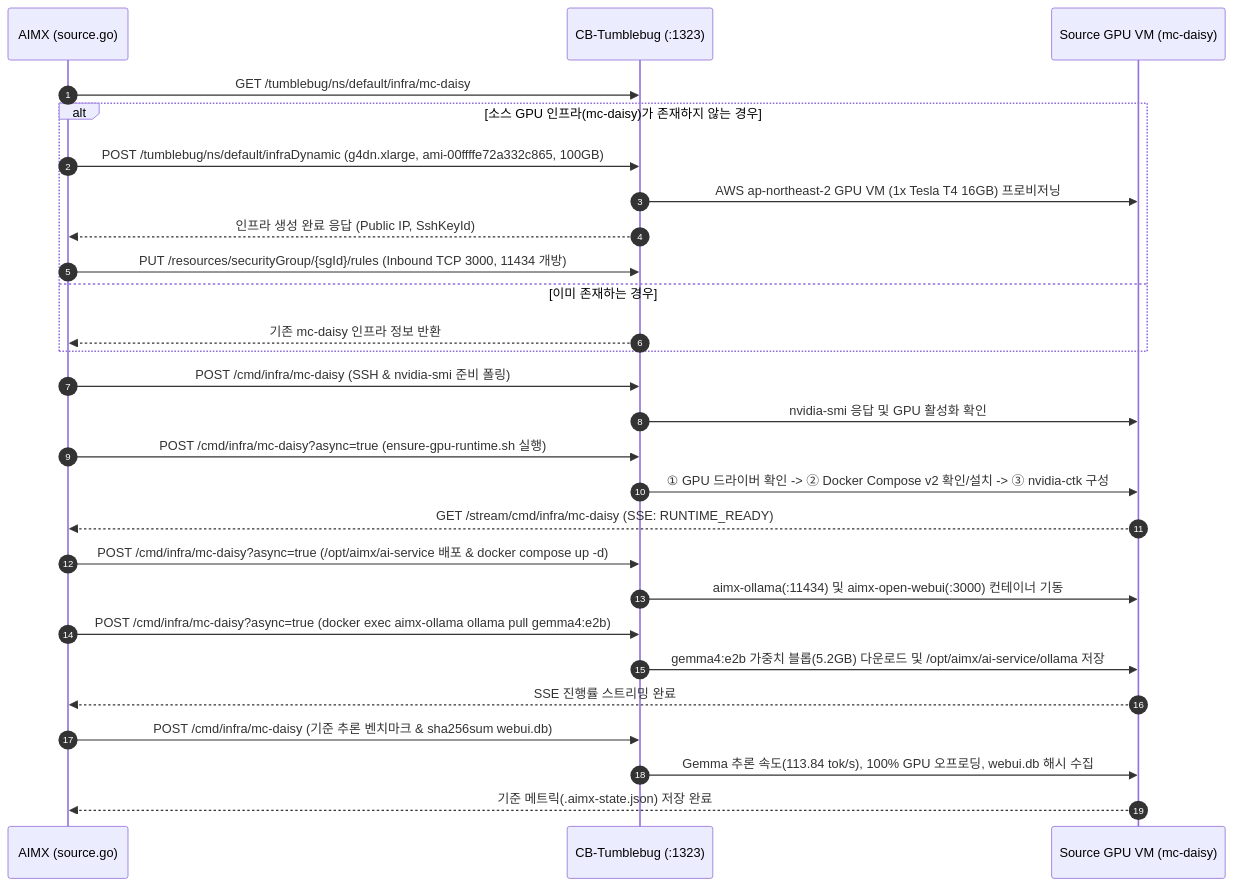
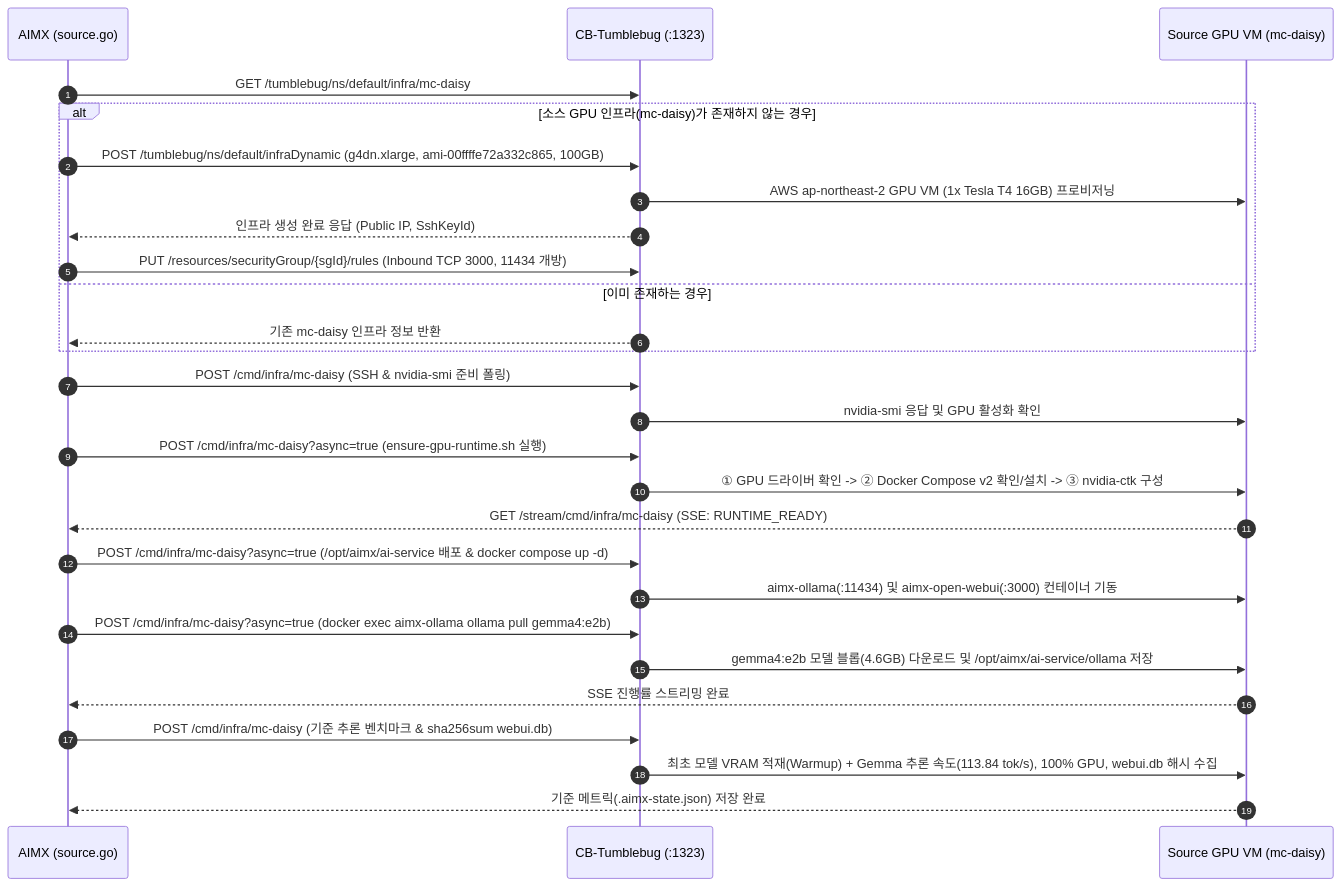
The third of 15 diagrams in docs/poc/ai-service-migration-design.md (cloud-barista/cm-beetle), drawn with Mermaid before and after one commit. The commit also changed other lines of this file and 8 other files, not shown here.

````diff
--- a/docs/poc/ai-service-migration-design.md
+++ b/docs/poc/ai-service-migration-design.md
@@ -125,34 +125,34 @@
 ```mermaid
 sequenceDiagram
     autonumber
     participant AIMX as AIMX (source.go)
     participant TB as CB-Tumblebug (:1323)
     participant Src as Source GPU VM (mc-daisy)
 
     AIMX->>TB: GET /tumblebug/ns/default/infra/mc-daisy
     alt 소스 GPU 인프라(mc-daisy)가 존재하지 않는 경우
         AIMX->>TB: POST /tumblebug/ns/default/infraDynamic (g4dn.xlarge, ami-00ffffe72a332c865, 100GB)
         TB->>Src: AWS ap-northeast-2 GPU VM (1x Tesla T4 16GB) 프로비저닝
         TB-->>AIMX: 인프라 생성 완료 응답 (Public IP, SshKeyId)
         AIMX->>TB: PUT /resources/securityGroup/{sgId}/rules (Inbound TCP 3000, 11434 개방)
     else 이미 존재하는 경우
         TB-->>AIMX: 기존 mc-daisy 인프라 정보 반환
     end
 
     AIMX->>TB: POST /cmd/infra/mc-daisy (SSH & nvidia-smi 준비 폴링)
     TB->>Src: nvidia-smi 응답 및 GPU 활성화 확인
 
     AIMX->>TB: POST /cmd/infra/mc-daisy?async=true (ensure-gpu-runtime.sh 실행)
     TB->>Src: ① GPU 드라이버 확인 -> ② Docker Compose v2 확인/설치 -> ③ nvidia-ctk 구성
     Src-->>AIMX: GET /stream/cmd/infra/mc-daisy (SSE: RUNTIME_READY)
 
     AIMX->>TB: POST /cmd/infra/mc-daisy?async=true (/opt/aimx/ai-service 배포 & docker compose up -d)
     TB->>Src: aimx-ollama(:11434) 및 aimx-open-webui(:3000) 컨테이너 기동
     AIMX->>TB: POST /cmd/infra/mc-daisy?async=true (docker exec aimx-ollama ollama pull gemma4:e2b)
-    TB->>Src: gemma4:e2b 가중치 블롭(5.2GB) 다운로드 및 /opt/aimx/ai-service/ollama 저장
+    TB->>Src: gemma4:e2b 모델 블롭(4.6GB) 다운로드 및 /opt/aimx/ai-service/ollama 저장
     Src-->>AIMX: SSE 진행률 스트리밍 완료
 
     AIMX->>TB: POST /cmd/infra/mc-daisy (기준 추론 벤치마크 & sha256sum webui.db)
-    TB->>Src: Gemma 추론 속도(113.84 tok/s), 100% GPU 오프로딩, webui.db 해시 수집
+    TB->>Src: 최초 모델 VRAM 적재(Warmup) + Gemma 추론 속도(113.84 tok/s), 100% GPU, webui.db 해시 수집
     Src-->>AIMX: 기준 메트릭(.aimx-state.json) 저장 완료
 ```
````
